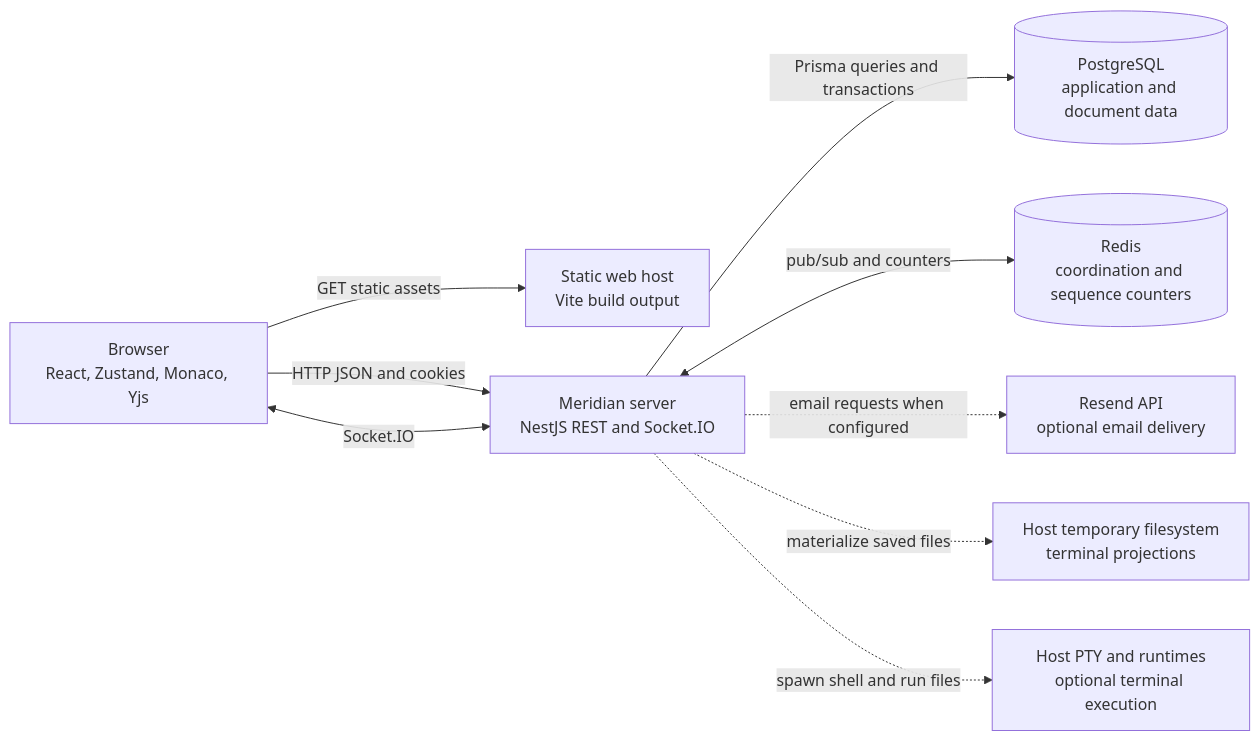
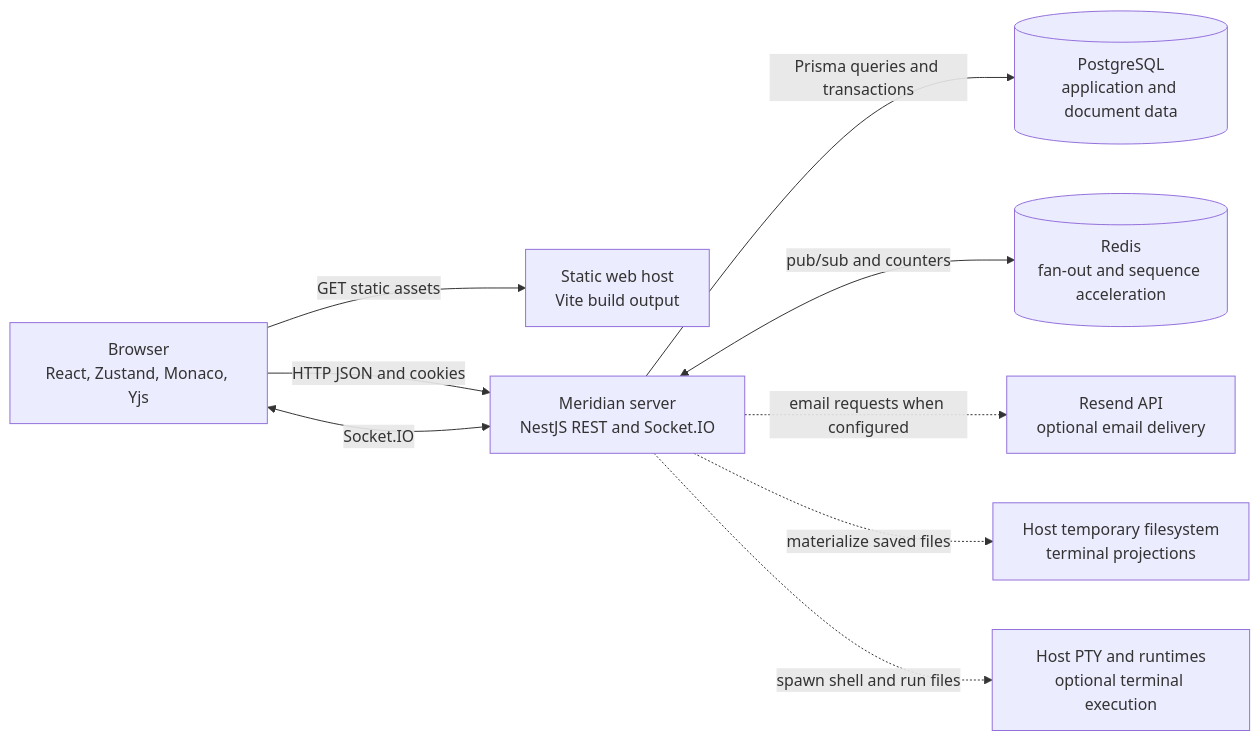
One commit to santinomarial/Meridian changed the first of 6 diagrams in docs/architecture.md. Above: the diagram before and after it, drawn with Mermaid. The commit also changed other lines of this file, not shown here.

Commit message:
Harden document sequence allocation with PostgreSQL advisory locks

````diff
--- a/docs/architecture.md
+++ b/docs/architecture.md
@@ -33,20 +33,20 @@
 ```mermaid
 flowchart LR
     Browser["Browser<br/>React, Zustand, Monaco, Yjs"]
     StaticHost["Static web host<br/>Vite build output"]
     Api["Meridian server<br/>NestJS REST and Socket.IO"]
     Pg[("PostgreSQL<br/>application and document data")]
-    Redis[("Redis<br/>coordination and sequence counters")]
+    Redis[("Redis<br/>fan-out and sequence acceleration")]
     Mail["Resend API<br/>optional email delivery"]
     Temp["Host temporary filesystem<br/>terminal projections"]
     Pty["Host PTY and runtimes<br/>optional terminal execution"]
 
     Browser -->|"GET static assets"| StaticHost
     Browser -->|"HTTP JSON and cookies"| Api
     Browser <-->|"Socket.IO"| Api
     Api -->|"Prisma queries and transactions"| Pg
     Api <-->|"pub/sub and counters"| Redis
     Api -.->|"email requests when configured"| Mail
     Api -.->|"materialize saved files"| Temp
     Api -.->|"spawn shell and run files"| Pty
 ```
````
